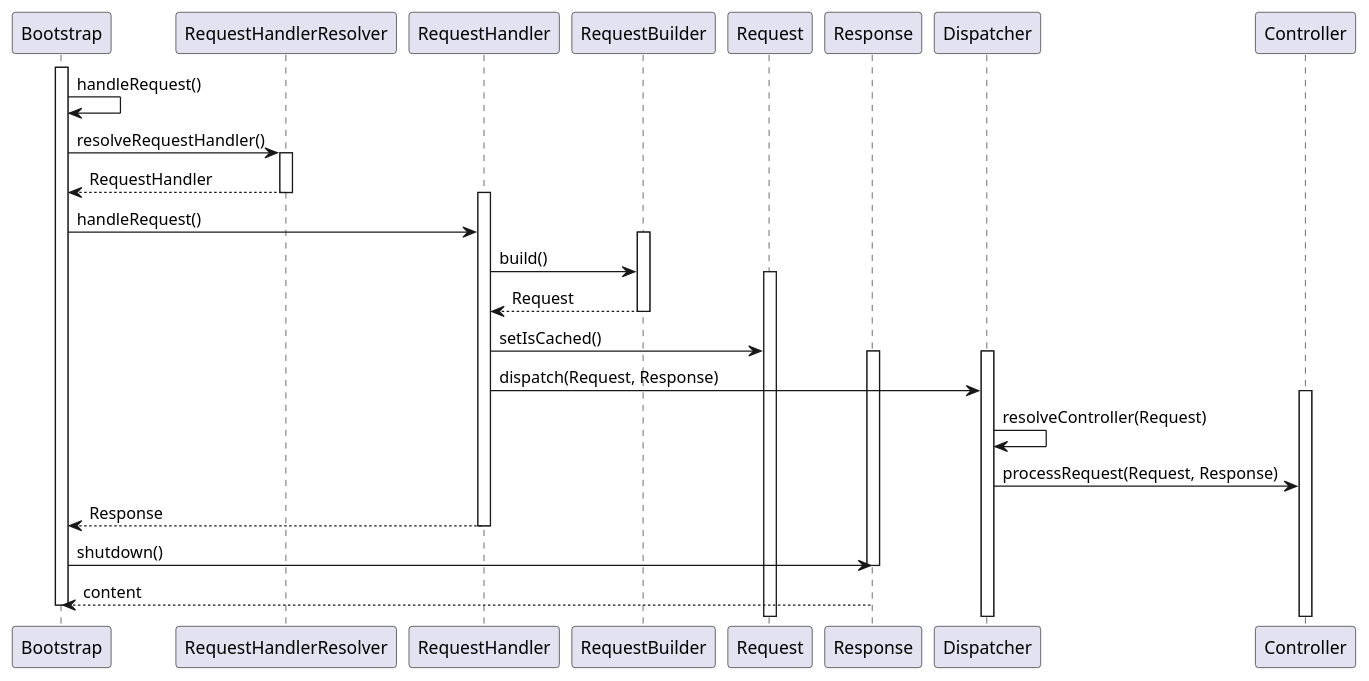
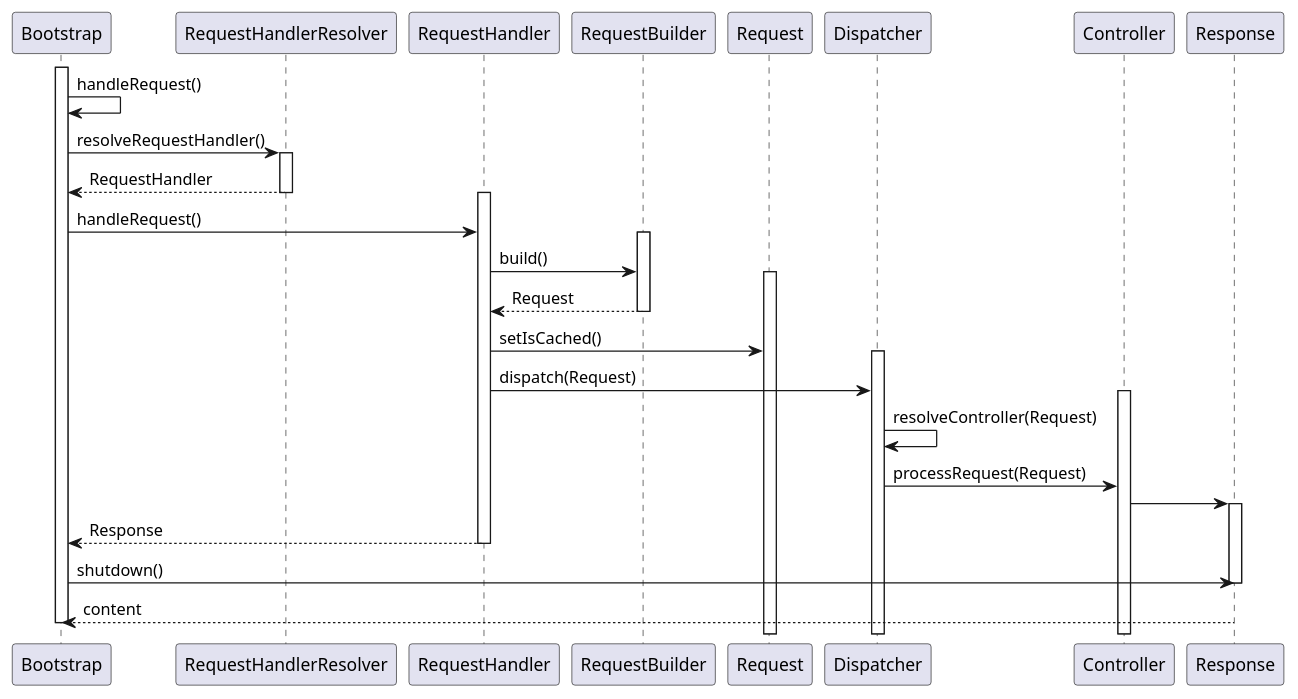
The diagram in Documentation/10-Outlook/dispatching-flow.plantuml (TYPO3-Documentation/TYPO3CMS-Book-ExtbaseFluid), drawn with PlantUML before and after one commit. The commit also changed 2 other files, not shown here.

Commit message:
[TASK] Adjust uml diagram of dispatching
See core issue #92513
See https://github.com/TYPO3-Documentation/TYPO3CMS-Reference-CoreApi/issues/1082

```diff
--- a/Documentation/10-Outlook/dispatching-flow.plantuml
+++ b/Documentation/10-Outlook/dispatching-flow.plantuml
@@ -1,34 +1,35 @@
 @startuml
 
 activate Bootstrap
 Bootstrap -> Bootstrap: handleRequest()
 
 Bootstrap -> RequestHandlerResolver: resolveRequestHandler()
 activate RequestHandlerResolver
 Bootstrap <-- RequestHandlerResolver: RequestHandler
 deactivate RequestHandlerResolver
 activate RequestHandler
 Bootstrap -> RequestHandler: handleRequest()
 
 activate RequestBuilder
 RequestHandler -> RequestBuilder: build()
 activate Request
 RequestHandler <-- RequestBuilder: Request
 deactivate RequestBuilder
 
 RequestHandler -> Request: setIsCached()
-activate Response
 activate Dispatcher
-RequestHandler -> Dispatcher: dispatch(Request, Response)
+RequestHandler -> Dispatcher: dispatch(Request)
 activate Controller
 Dispatcher -> Dispatcher: resolveController(Request)
-Dispatcher -> Controller: processRequest(Request, Response)
+Dispatcher -> Controller: processRequest(Request)
+Controller -> Response
+activate Response
 
 Bootstrap <-- RequestHandler: Response
 deactivate RequestHandler
 Bootstrap -> Response: shutdown()
 deactivate Response
 Bootstrap <-- Response: content
 deactivate Bootstrap
 
 @enduml
```
